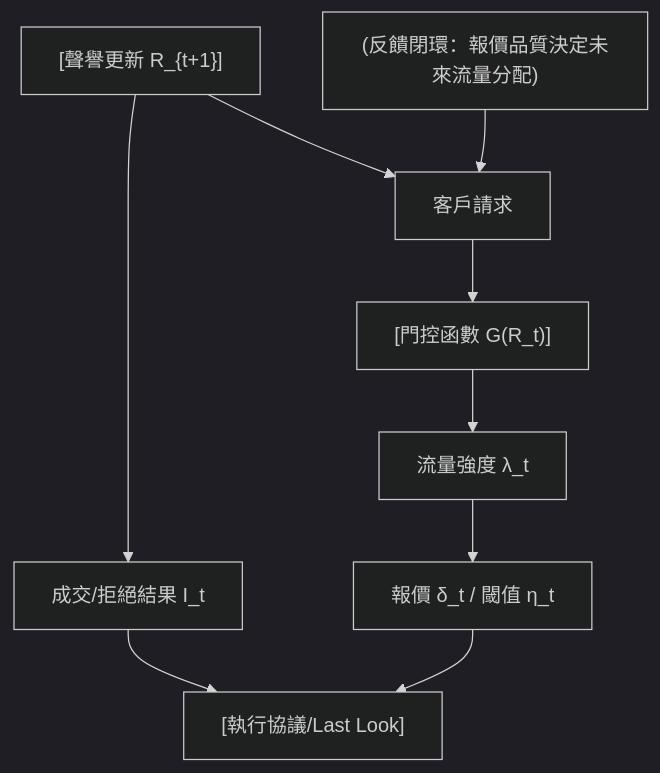
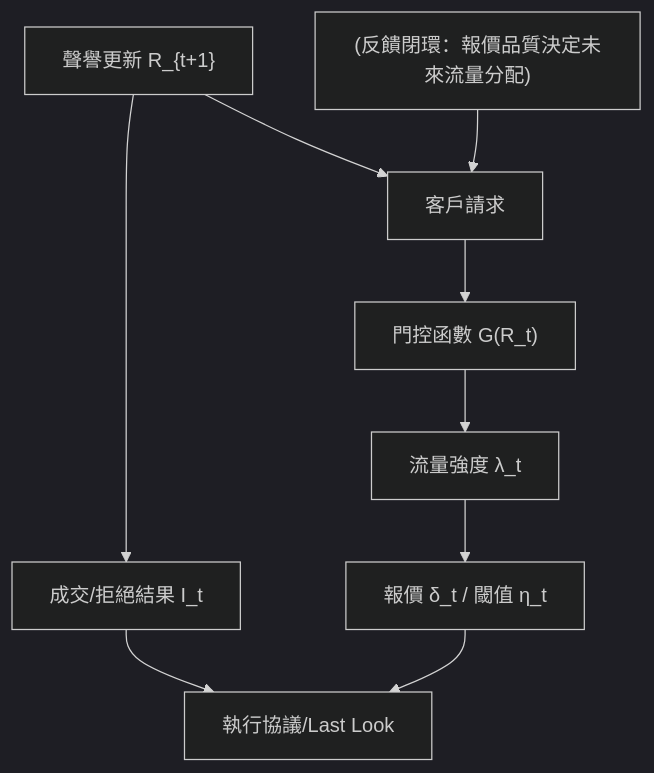
The diagram in foundations/market-microstructure/stochastic-optimal-control-with-reputation-gates.md (sou350121/Trading-Handbook), drawn with Mermaid (dark theme) before and after one commit. The commit also changed other lines of this file and 191 other files, not shown here.

First line of the commit message:
render: fix math + mermaid for GitHub across the corpus (188 pages)

````diff
--- a/foundations/market-microstructure/stochastic-optimal-control-with-reputation-gates.md
+++ b/foundations/market-microstructure/stochastic-optimal-control-with-reputation-gates.md
@@ -32,11 +32,11 @@
 ```mermaid
 flowchart TD
-    A["客戶請求"] --> B["[門控函數 G(R_t)]"]
+    A["客戶請求"] --> B["門控函數 G(R_t)"]
     B --> C["流量強度 λ_t"]
     C --> D["報價 δ_t / 閾值 η_t"]
-    D --> G["[執行協議/Last Look]"]
+    D --> G["執行協議/Last Look"]
     F["成交/拒絕結果 I_t"] --> G
-    E["[聲譽更新 R_{t+1}]"] --> F
+    E["聲譽更新 R_{t+1}"] --> F
     E --> A
     H["(反饋閉環：報價品質決定未來流量分配)"] --> A
 ```
````
